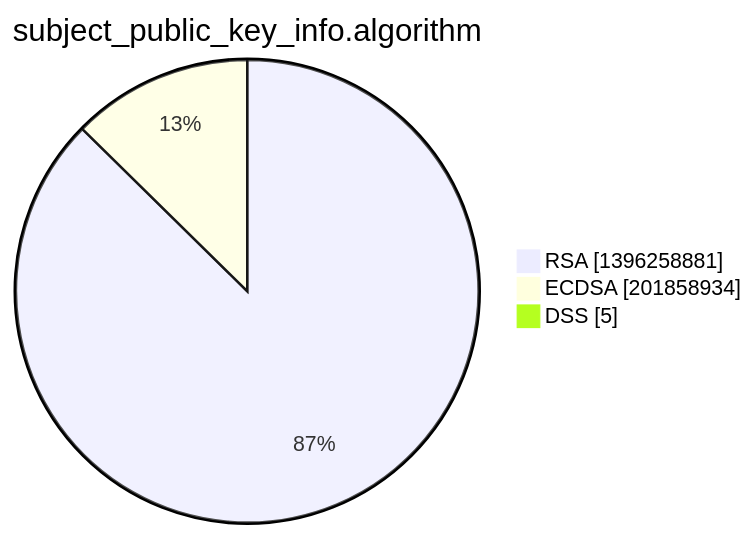
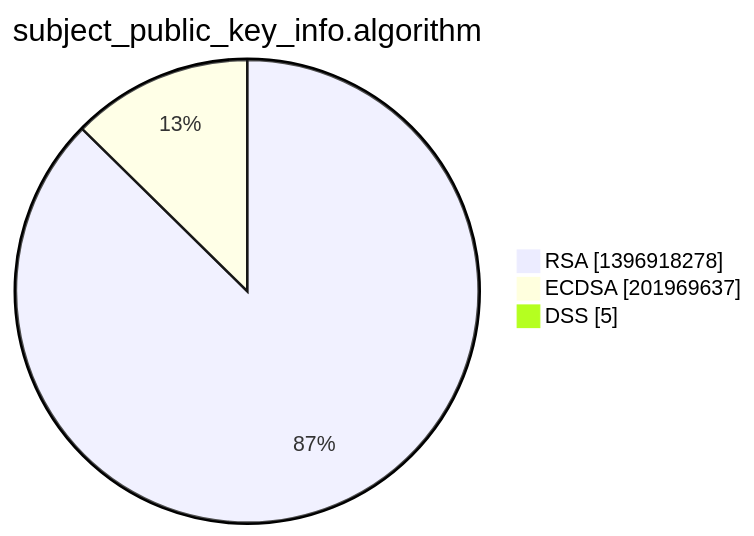
One commit to christiankrug/ctmonitor_visualization changed the third of 15 diagrams in xenon2022/README.md. Above: the diagram before and after it, drawn with Mermaid. The commit also changed other lines of this file, not shown here.

````diff
--- a/xenon2022/README.md
+++ b/xenon2022/README.md
@@ -14,7 +14,7 @@
 ```mermaid
 pie showData
 title subject_public_key_info.algorithm
-"RSA" :1396258881
-"ECDSA" :201858934
+"RSA" :1396918278
+"ECDSA" :201969637
 "DSS" :5
 ```
````
